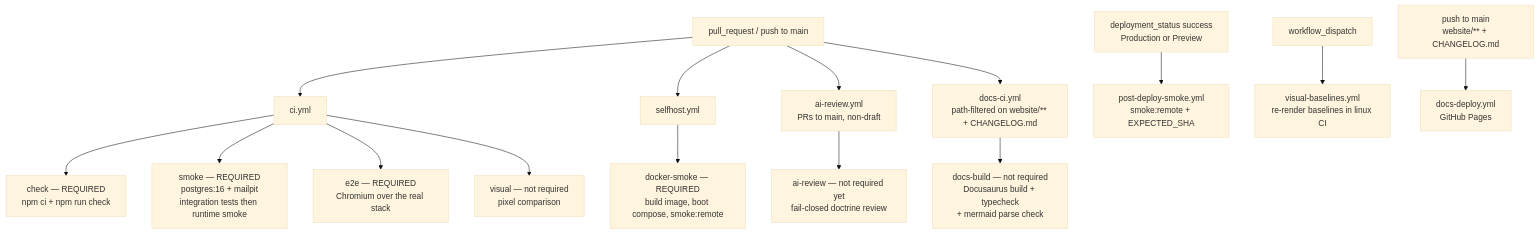
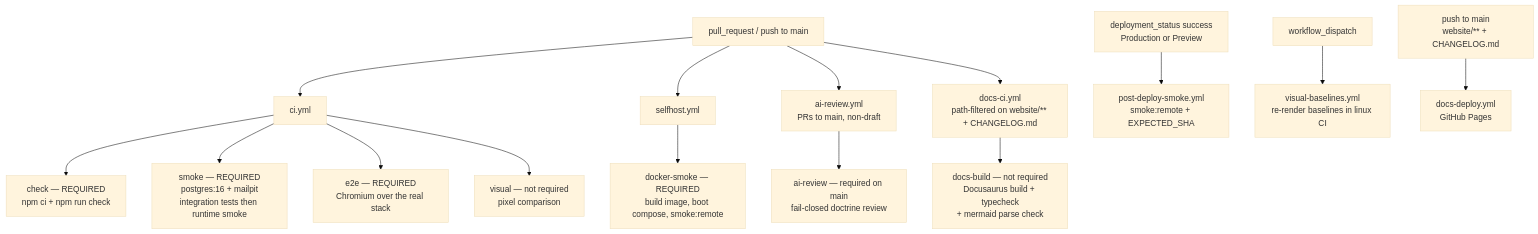
Before and after one commit to chomamateusz/agentproofarch: the first of 2 diagrams in website/docs/operations/ci-gates.md, drawn with Mermaid (base theme). The commit also changed other lines of this file and 8 other files, not shown here.

````diff
--- a/website/docs/operations/ci-gates.md
+++ b/website/docs/operations/ci-gates.md
@@ -17,19 +17,19 @@
 ```mermaid
 flowchart TD
     pr["pull_request / push to main"] --> ci["ci.yml"]
     pr --> sh["selfhost.yml"]
     pr --> ai["ai-review.yml<br/>PRs to main, non-draft"]
     pr --> dci["docs-ci.yml<br/>path-filtered on website/** + CHANGELOG.md"]
 
     ci --> check["check — REQUIRED<br/>npm ci + npm run check"]
     ci --> smoke["smoke — REQUIRED<br/>postgres:16 + mailpit<br/>integration tests then runtime smoke"]
     ci --> e2e["e2e — REQUIRED<br/>Chromium over the real stack"]
     ci --> visual["visual — not required<br/>pixel comparison"]
     sh --> docker["docker-smoke — REQUIRED<br/>build image, boot compose, smoke:remote"]
-    ai --> aireview["ai-review — not required yet<br/>fail-closed doctrine review"]
+    ai --> aireview["ai-review — required on main<br/>fail-closed doctrine review"]
     dci --> docsbuild["docs-build — not required<br/>Docusaurus build + typecheck<br/>+ mermaid parse check"]
 
     deploy["deployment_status success<br/>Production or Preview"] --> pds["post-deploy-smoke.yml<br/>smoke:remote + EXPECTED_SHA"]
     dispatch["workflow_dispatch"] --> vb["visual-baselines.yml<br/>re-render baselines in linux CI"]
     pushmain["push to main<br/>website/** + CHANGELOG.md"] --> dd["docs-deploy.yml<br/>GitHub Pages"]
 ```
````
